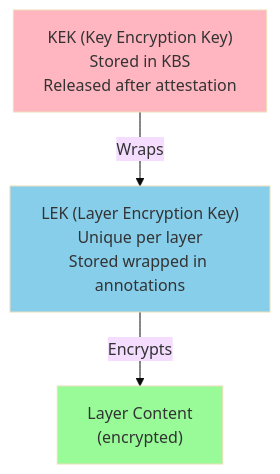
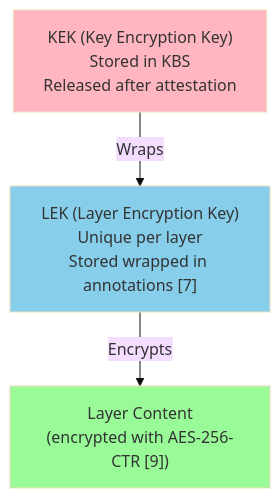
One commit to scontain/encrypted_container_images changed the fourth of 14 diagrams in PROPOSAL.md. Above: the diagram before and after it, drawn with Mermaid (base theme). The commit also changed other lines of this file, not shown here.

````diff
--- a/PROPOSAL.md
+++ b/PROPOSAL.md
@@ -205,13 +212,13 @@
 ```mermaid
 flowchart TB
     KEK["KEK (Key Encryption Key)<br/>Stored in KBS<br/>Released after attestation"]
-    LEK["LEK (Layer Encryption Key)<br/>Unique per layer<br/>Stored wrapped in annotations"]
-    LC["Layer Content<br/>(encrypted)"]
+    LEK["LEK (Layer Encryption Key)<br/>Unique per layer<br/>Stored wrapped in annotations [7]"]
+    LC["Layer Content<br/>(encrypted with AES-256-CTR [9])"]
     
     KEK -->|"Wraps"| LEK
     LEK -->|"Encrypts"| LC
     
     style KEK fill:#FFB6C1
     style LEK fill:#87CEEB
     style LC fill:#98FB98
 ```
````
